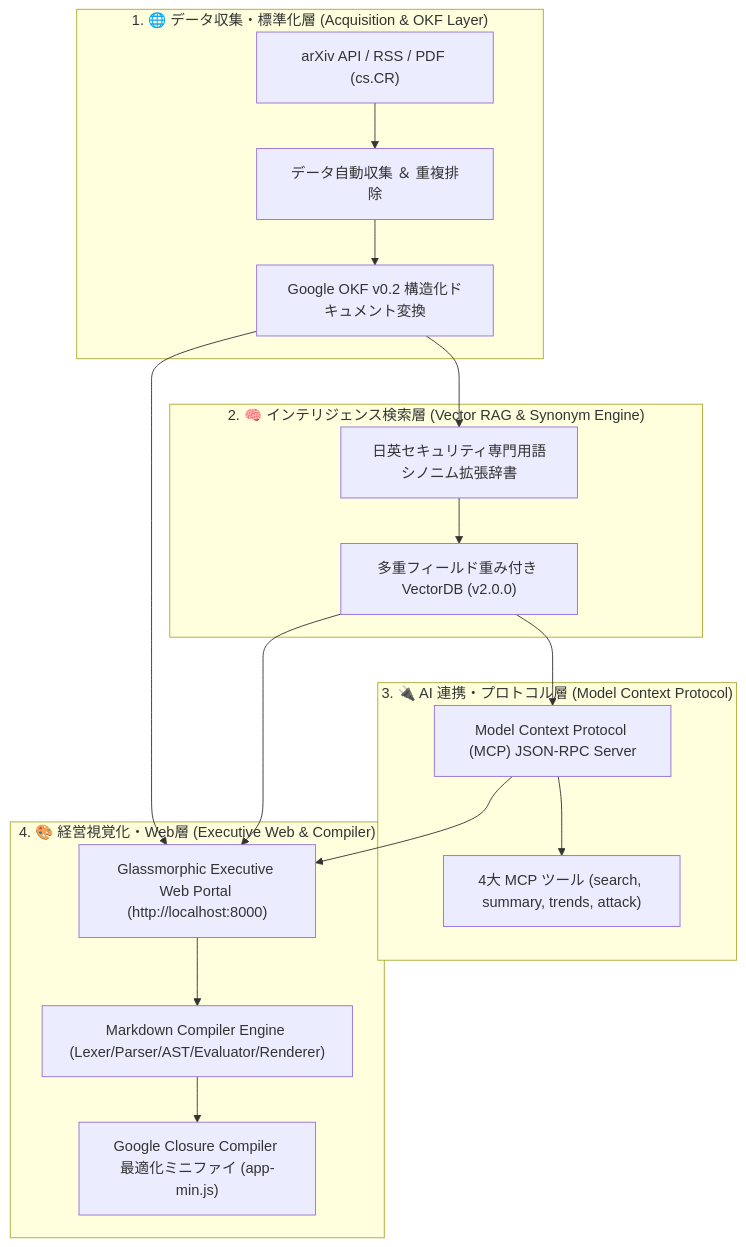
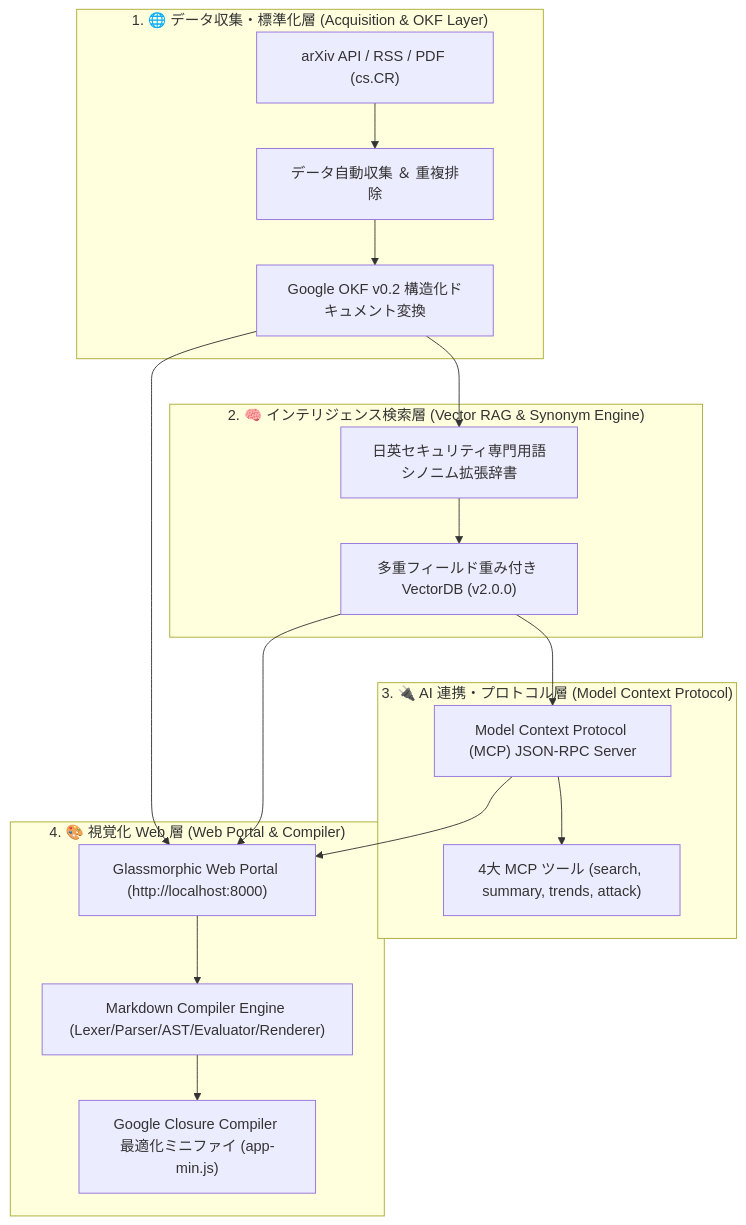
One commit to rokujyouhitoma/arxiv-security-papers changed the second of 2 diagrams in docs/designs/DSN-01-high_level_design.md. Above: the diagram before and after it, drawn with Mermaid. The commit also changed other lines of this file, not shown here.

````diff
--- a/docs/designs/DSN-01-high_level_design.md
+++ b/docs/designs/DSN-01-high_level_design.md
@@ -27,23 +27,23 @@
 ```mermaid
 flowchart TD
     subgraph Layer1 ["1. 🌐 データ収集・標準化層 (Acquisition & OKF Layer)"]
         S1["arXiv API / RSS / PDF (cs.CR)"] --> P1["データ自動収集 ＆ 重複排除"]
         P1 --> P2["Google OKF v0.2 構造化ドキュメント変換"]
     end
 
     subgraph Layer2 ["2. 🧠 インテリジェンス検索層 (Vector RAG & Synonym Engine)"]
         P2 --> S2["日英セキュリティ専門用語シノニム拡張辞書"]
         S2 --> S3["多重フィールド重み付き VectorDB (v2.0.0)"]
     end
 
     subgraph Layer3 ["3. 🔌 AI 連携・プロトコル層 (Model Context Protocol)"]
         S3 --> M1["Model Context Protocol (MCP) JSON-RPC Server"]
         M1 --> M2["4大 MCP ツール (search, summary, trends, attack)"]
     end
 
-    subgraph Layer4 ["4. 🎨 経営視覚化・Web層 (Executive Web & Compiler)"]
-        P2 & S3 & M1 --> W1["Glassmorphic Executive Web Portal (http://localhost:8000)"]
+    subgraph Layer4 ["4. 🎨 視覚化 Web 層 (Web Portal & Compiler)"]
+        P2 & S3 & M1 --> W1["Glassmorphic Web Portal (http://localhost:8000)"]
         W1 --> W2["Markdown Compiler Engine (Lexer/Parser/AST/Evaluator/Renderer)"]
         W2 --> W3["Google Closure Compiler 最適化ミニファイ (app-min.js)"]
-      end
+    end
 ```
````
